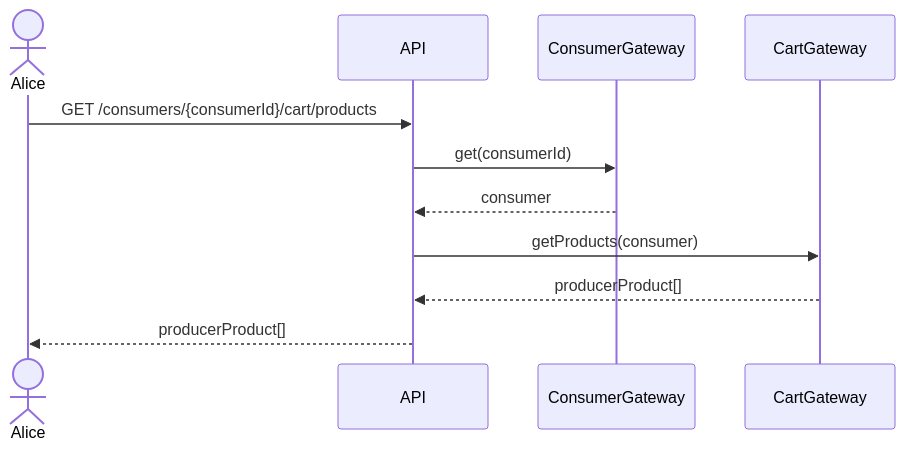
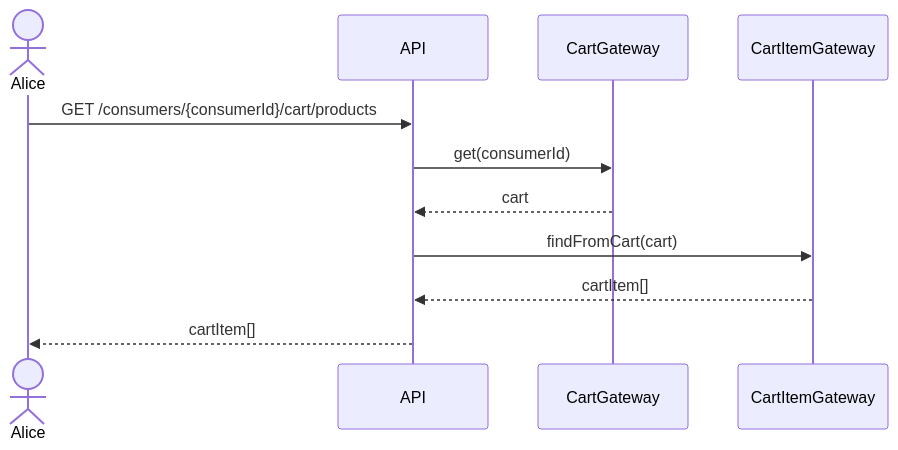
The fifth of 32 diagrams in sequence.md (hivetown/planning), drawn with Mermaid before and after one commit. The commit also changed other lines of this file, not shown here.

````diff
--- a/sequence.md
+++ b/sequence.md
@@ -199,14 +209,14 @@
 ```mermaid
 sequenceDiagram
     actor A as Alice
     participant API
-    participant CG as ConsumerGateway
     participant CaG as CartGateway
+    participant CaIG as CartItemGateway
 
     A ->> API: GET /consumers/{consumerId}/cart/products
-    API ->> CG: get(consumerId)
-    CG -->> API: consumer
-    API ->> CaG: getProducts(consumer)
-    CaG -->> API: producerProduct[]
-    API -->> A: producerProduct[]
+    API ->> CaG: get(consumerId)
+    CaG -->> API: cart
+    API ->> CaIG: findFromCart(cart)
+    CaIG -->> API: cartItem[]
+    API -->> A: cartItem[]
 ```
````
